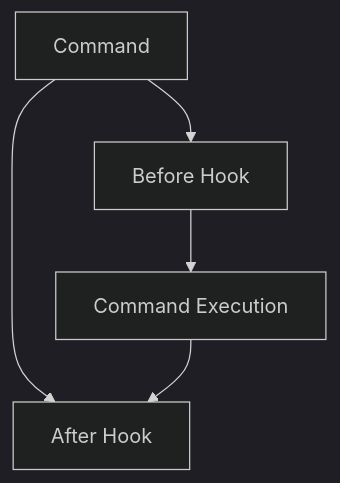
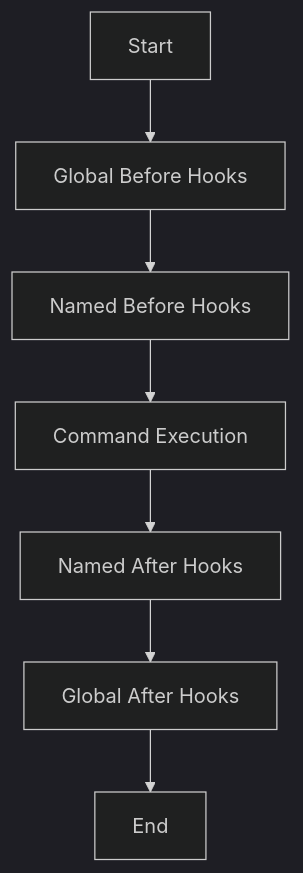
One commit to dymmond/sayer changed the diagram in docs/features/middleware.md. Above: the diagram before and after it, drawn with Mermaid (dark theme). The commit also changed other lines of this file and 6 other files, not shown here.

````diff
--- a/docs/features/middleware.md
+++ b/docs/features/middleware.md
@@ -83,7 +86,9 @@
 ```mermaid
 graph TD
-  Command[Command] --> Before[Before Hook]
-  Command --> After[After Hook]
-  Before --> CommandExec[Command Execution]
-  CommandExec --> After
+  Start --> GlobalBefore[Global Before Hooks]
+  GlobalBefore --> NamedBefore[Named Before Hooks]
+  NamedBefore --> Execution[Command Execution]
+  Execution --> NamedAfter[Named After Hooks]
+  NamedAfter --> GlobalAfter[Global After Hooks]
+  GlobalAfter --> End[End]
 ```
````
